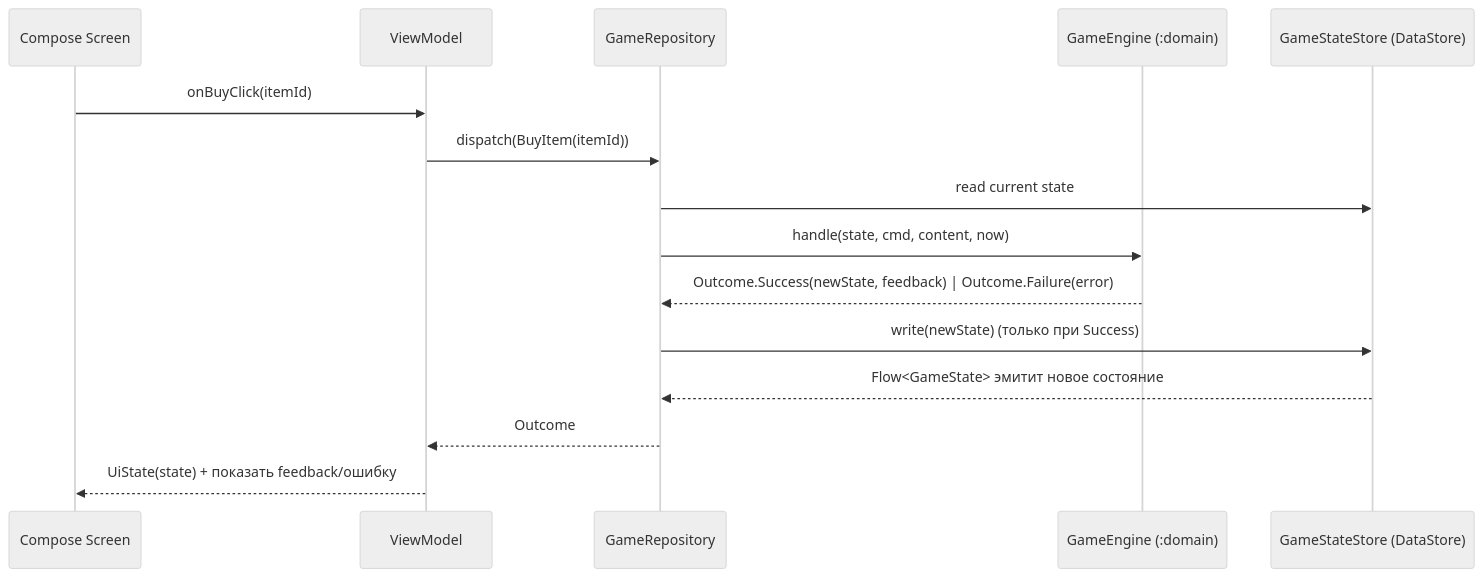
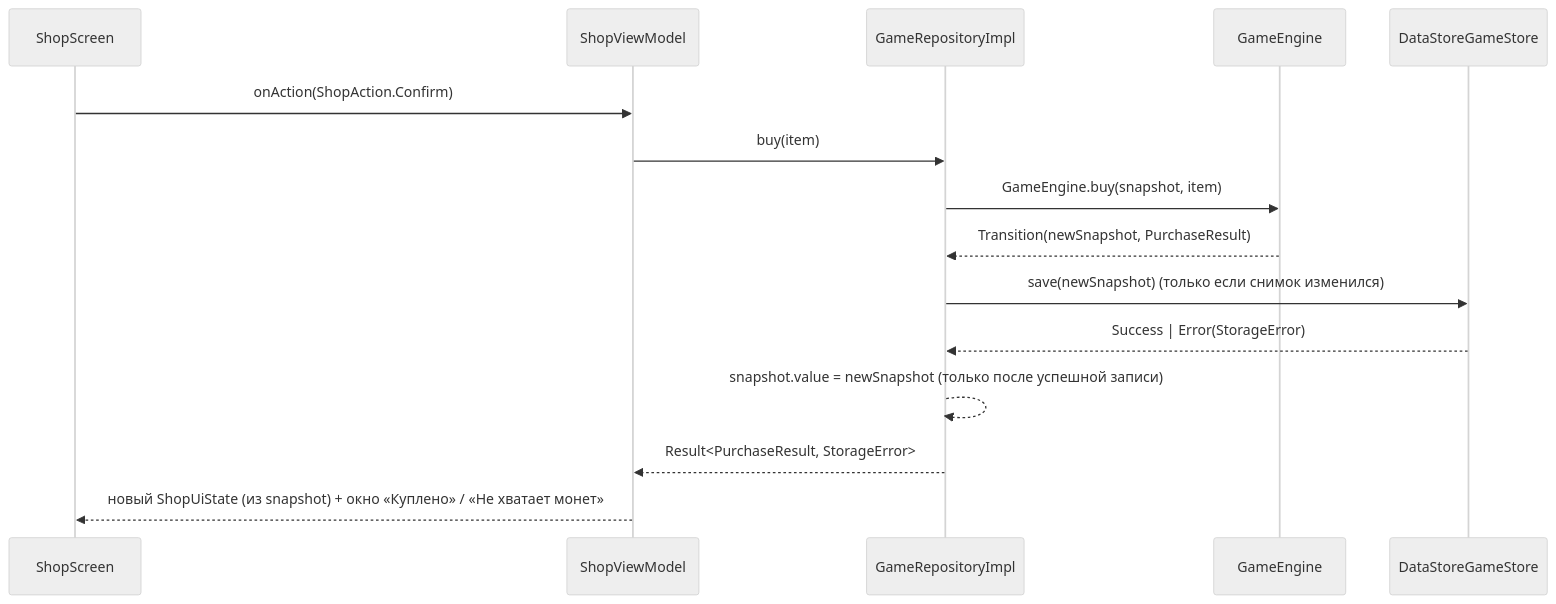
Before and after one commit to lolipokzz/finni-hackaton: the diagram in docs/06-architecture.md, drawn with Mermaid (neutral theme). The commit also changed other lines of this file and 11 other files, not shown here.

````diff
--- a/docs/06-architecture.md
+++ b/docs/06-architecture.md
@@ -63,18 +64,18 @@
 ```mermaid
 sequenceDiagram
-  participant UI as Compose Screen
-  participant VM as ViewModel
-  participant Repo as GameRepository
-  participant Engine as GameEngine (:domain)
-  participant Store as GameStateStore (DataStore)
+  participant UI as ShopScreen
+  participant VM as ShopViewModel
+  participant Repo as GameRepositoryImpl
+  participant Engine as GameEngine
+  participant Store as DataStoreGameStore
 
-  UI->>VM: onBuyClick(itemId)
-  VM->>Repo: dispatch(BuyItem(itemId))
-  Repo->>Store: read current state
-  Repo->>Engine: handle(state, cmd, content, now)
-  Engine-->>Repo: Outcome.Success(newState, feedback) | Outcome.Failure(error)
-  Repo->>Store: write(newState)   (только при Success)
-  Store-->>Repo: Flow<GameState> эмитит новое состояние
-  Repo-->>VM: Outcome
-  VM-->>UI: UiState(state) + показать feedback/ошибку
+  UI->>VM: onAction(ShopAction.Confirm)
+  VM->>Repo: buy(item)
+  Repo->>Engine: GameEngine.buy(snapshot, item)
+  Engine-->>Repo: Transition(newSnapshot, PurchaseResult)
+  Repo->>Store: save(newSnapshot)   (только если снимок изменился)
+  Store-->>Repo: Success | Error(StorageError)
+  Repo-->>Repo: snapshot.value = newSnapshot (только после успешной записи)
+  Repo-->>VM: Result<PurchaseResult, StorageError>
+  VM-->>UI: новый ShopUiState (из snapshot) + окно «Куплено» / «Не хватает монет»
 ```
````
